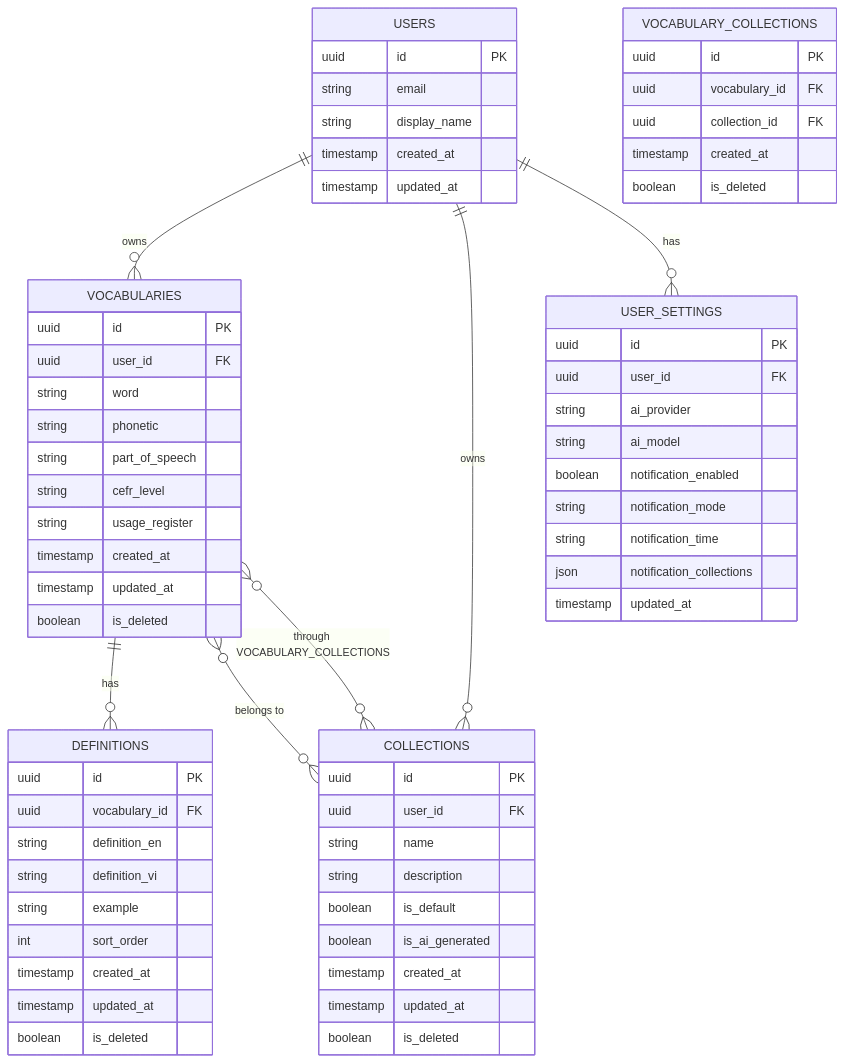
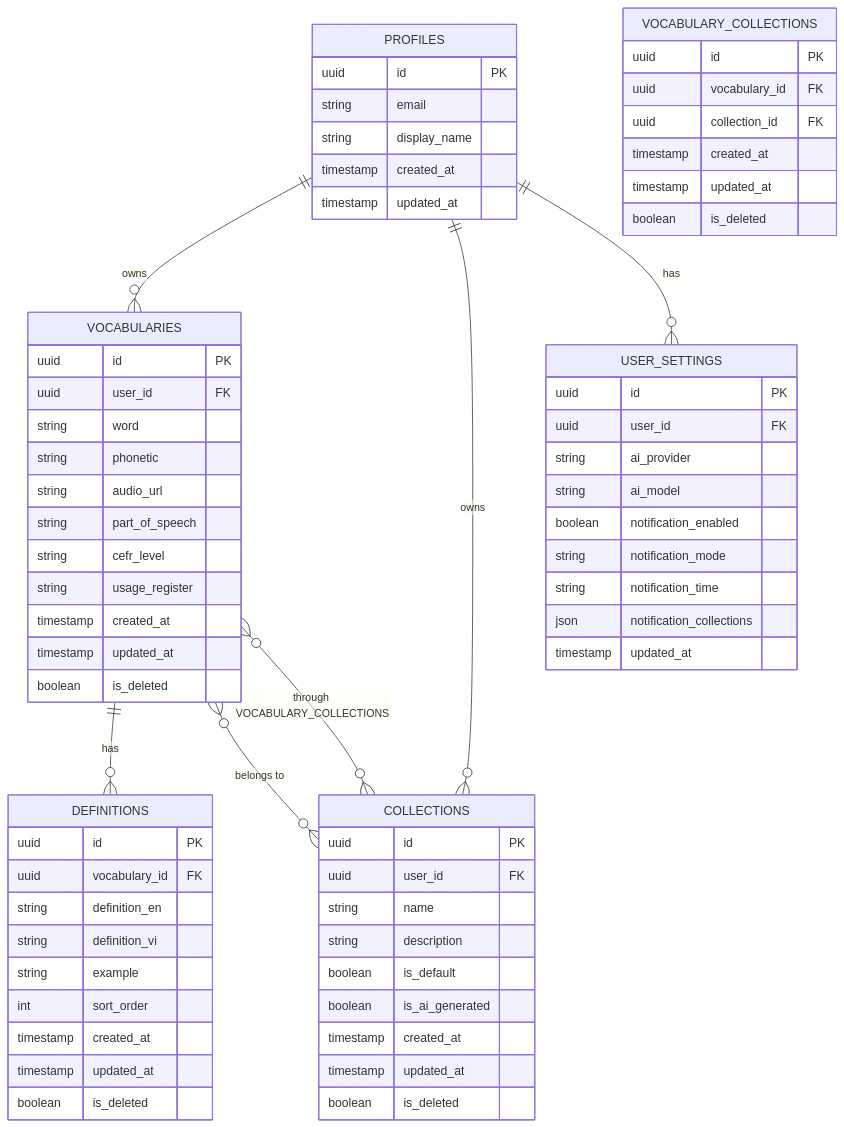
The diagram in docs/Database_Schema.md (NguyenHungCuongg/mewmory), drawn with Mermaid before and after one commit. The commit also changed other lines of this file and 5 other files, not shown here.

````diff
--- a/docs/Database_Schema.md
+++ b/docs/Database_Schema.md
@@ -23,74 +24,76 @@
 ```mermaid
 erDiagram
-    USERS ||--o{ VOCABULARIES : "owns"
-    USERS ||--o{ COLLECTIONS : "owns"
-    USERS ||--o{ USER_SETTINGS : "has"
+    PROFILES ||--o{ VOCABULARIES : "owns"
+    PROFILES ||--o{ COLLECTIONS : "owns"
+    PROFILES ||--o{ USER_SETTINGS : "has"
     VOCABULARIES ||--o{ DEFINITIONS : "has"
     VOCABULARIES }o--o{ COLLECTIONS : "belongs to"
     VOCABULARIES }o--o{ COLLECTIONS : "through VOCABULARY_COLLECTIONS"
 
-    USERS {
+    PROFILES {
         uuid id PK
         string email
         string display_name
         timestamp created_at
         timestamp updated_at
     }
 
     VOCABULARIES {
         uuid id PK
         uuid user_id FK
         string word
         string phonetic
+        string audio_url
         string part_of_speech
         string cefr_level
         string usage_register
         timestamp created_at
         timestamp updated_at
         boolean is_deleted
     }
 
     DEFINITIONS {
         uuid id PK
         uuid vocabulary_id FK
         string definition_en
         string definition_vi
         string example
         int sort_order
         timestamp created_at
         timestamp updated_at
         boolean is_deleted
     }
 
     COLLECTIONS {
         uuid id PK
         uuid user_id FK
         string name
         string description
         boolean is_default
         boolean is_ai_generated
         timestamp created_at
         timestamp updated_at
         boolean is_deleted
     }
 
     VOCABULARY_COLLECTIONS {
         uuid id PK
         uuid vocabulary_id FK
         uuid collection_id FK
         timestamp created_at
+        timestamp updated_at
         boolean is_deleted
     }
 
     USER_SETTINGS {
         uuid id PK
         uuid user_id FK
         string ai_provider
         string ai_model
         boolean notification_enabled
         string notification_mode
         string notification_time
         json notification_collections
         timestamp updated_at
     }
 ```
````
